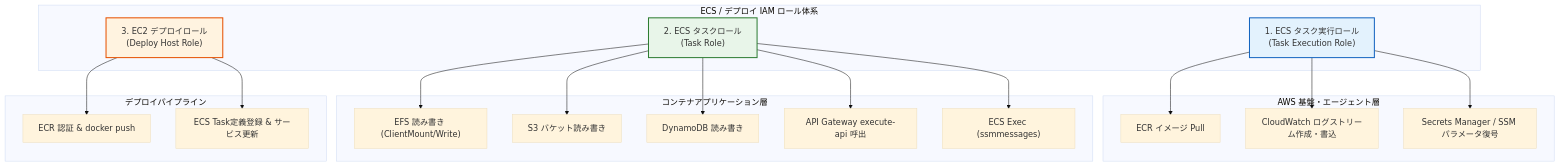
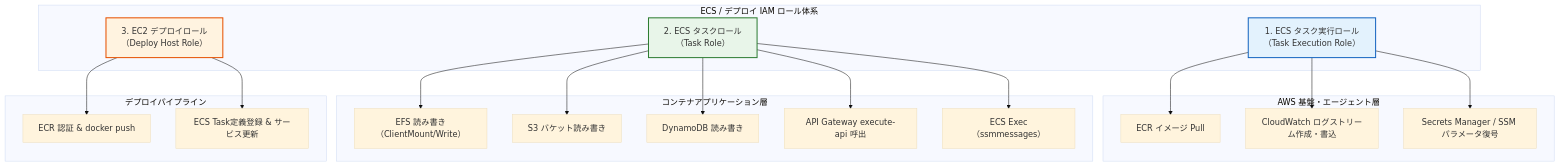
Before and after one commit to hide104y/markdown: the seventh of 17 diagrams in AWS：ECS.md, drawn with Mermaid (base theme). The commit also changed other lines of this file, not shown here.

Commit message:
GitHubのMermaidパーサーとの互換性考慮（その２）

````diff
--- a/AWS：ECS.md
+++ b/AWS：ECS.md
@@ -724,47 +726,47 @@
 ```mermaid
 flowchart TD
     subgraph Roles ["ECS / デプロイ IAM ロール体系"]
-        ExecRole["1. ECS タスク実行ロール<br>(Task Execution Role)"]
-        TaskRole["2. ECS タスクロール<br>(Task Role)"]
-        DeployRole["3. EC2 デプロイロール<br>(Deploy Host Role)"]
+        ExecRole["1. ECS タスク実行ロール<br>（Task Execution Role）"]
+        TaskRole["2. ECS タスクロール<br>（Task Role）"]
+        DeployRole["3. EC2 デプロイロール<br>（Deploy Host Role）"]
     end
 
     subgraph AWS_ControlPlane ["AWS 基盤・エージェント層"]
         ECR_Pull["ECR イメージ Pull"]
         CW_Logs["CloudWatch ログストリーム作成・書込"]
         SM_SSM["Secrets Manager / SSM パラメータ復号"]
     end
 
     subgraph App_DataPlane ["コンテナアプリケーション層"]
-        EFS_Mount["EFS 読み書き (ClientMount/Write)"]
+        EFS_Mount["EFS 読み書き（ClientMount/Write）"]
         S3_Access["S3 バケット読み書き"]
         DDB_Access["DynamoDB 読み書き"]
         APIGW_Call["API Gateway execute-api 呼出"]
-        SSM_Exec["ECS Exec (ssmmessages)"]
+        SSM_Exec["ECS Exec（ssmmessages）"]
     end
 
     subgraph Build_Pipeline ["デプロイパイプライン"]
         ECR_Push["ECR 認証 & docker push"]
         ECS_Update["ECS Task定義登録 & サービス更新"]
     end
 
     ExecRole --> ECR_Pull
     ExecRole --> CW_Logs
     ExecRole --> SM_SSM
 
     TaskRole --> EFS_Mount
     TaskRole --> S3_Access
     TaskRole --> DDB_Access
     TaskRole --> APIGW_Call
     TaskRole --> SSM_Exec
 
     DeployRole --> ECR_Push
     DeployRole --> ECS_Update
 
-    classDef exec fill:#e3f2fd,stroke:#1565c0,stroke-width:2px;
-    classDef task fill:#e8f5e9,stroke:#2e7d32,stroke-width:2px;
-    classDef deploy fill:#fff3e0,stroke:#e65100,stroke-width:2px;
-    class ExecRole exec;
-    class TaskRole task;
-    class DeployRole deploy;
+    classDef exec fill:#e3f2fd,stroke:#1565c0,stroke-width:2px
+    classDef task fill:#e8f5e9,stroke:#2e7d32,stroke-width:2px
+    classDef deploy fill:#fff3e0,stroke:#e65100,stroke-width:2px
+    class ExecRole exec
+    class TaskRole task
+    class DeployRole deploy
 ```
````
